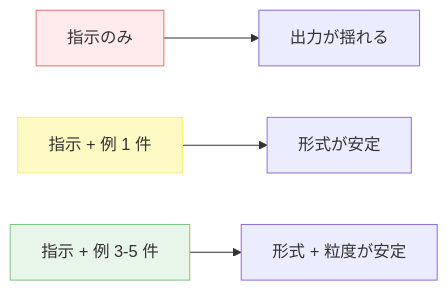
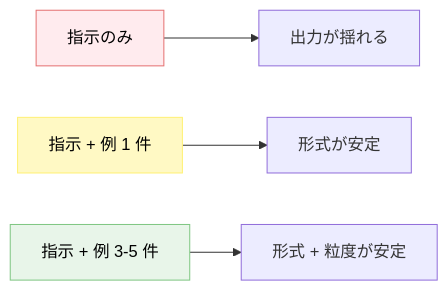
The diagram in docs/techniques/few-shot-examples-の効果的な設計.md (dinekt/dinekt-wiki), drawn with Mermaid before and after one commit. The commit also changed 71 other files, not shown here.

First line of the commit message:
fix: mermaid readability + remove GitHub repo toolbar

````diff
--- a/docs/techniques/few-shot-examples-の効果的な設計.md
+++ b/docs/techniques/few-shot-examples-の効果的な設計.md
@@ -25,10 +25,10 @@
 ```mermaid
 flowchart LR
     I1[指示のみ] --> O1[出力が揺れる]
     I2[指示 + 例 1 件] --> O2[形式が安定]
     I3[指示 + 例 3-5 件] --> O3[形式 + 粒度が安定]
 
-    style I1 fill:#ffebee,stroke:#e57373
-    style I2 fill:#fff9c4,stroke:#fff176
-    style I3 fill:#e8f5e9,stroke:#81c784
+    style I1 fill:#ffebee,stroke:#e57373,color:#000
+    style I2 fill:#fff9c4,stroke:#fff176,color:#000
+    style I3 fill:#e8f5e9,stroke:#81c784,color:#000
 ```
````
